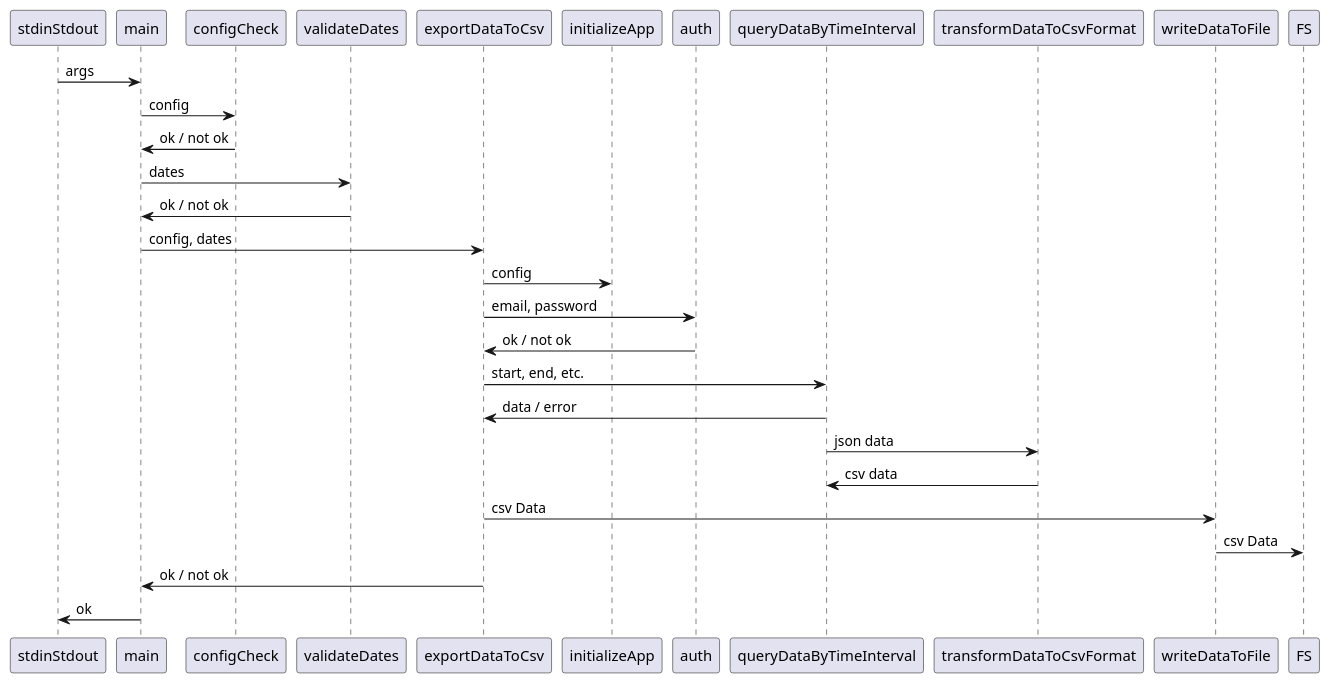
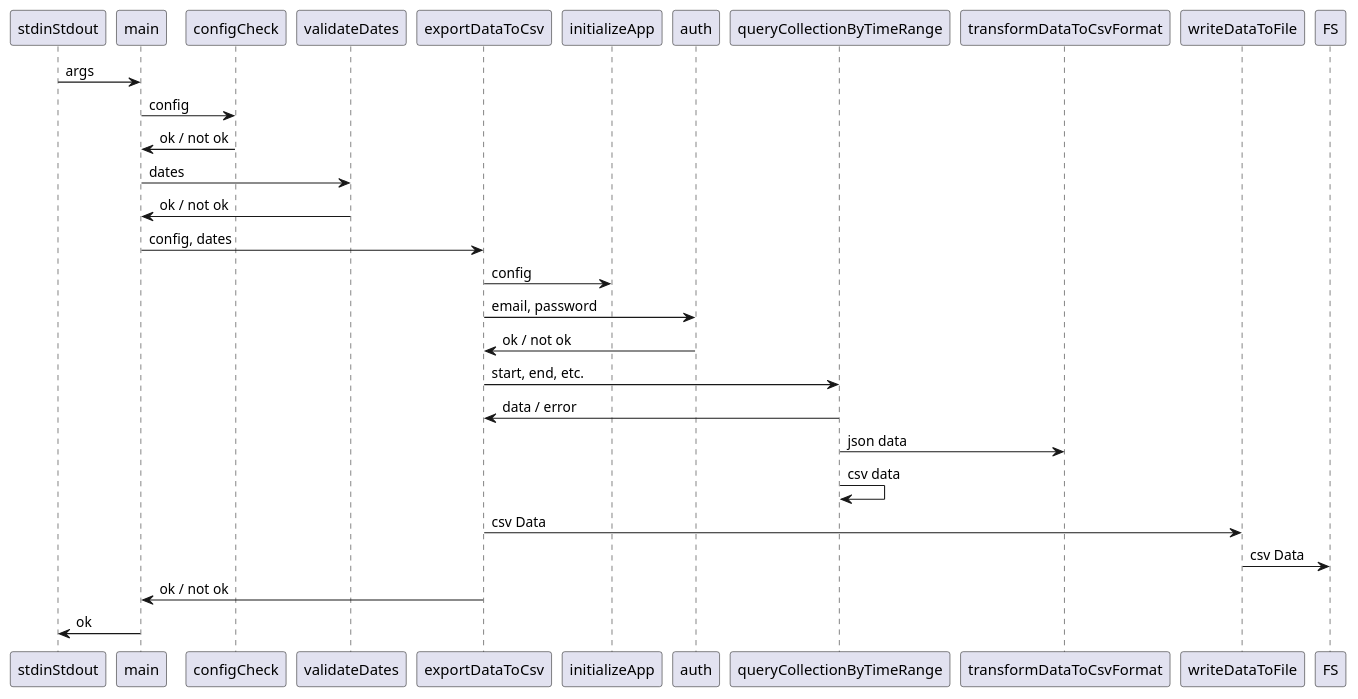
Before and after one commit to BMMRO-tech/BMMRO: the diagram in export-script/seq.md, drawn with PlantUML. The commit also changed 11 other files, not shown here.

First line of the commit message:
[#73] Export encounter data instead of habitatUse.

````diff
--- a/export-script/seq.md
+++ b/export-script/seq.md
@@ -1,20 +1,20 @@
 ```puml
 stdinStdout -> main: args
 main -> configCheck: config
 configCheck -> main: ok / not ok
 main -> validateDates: dates
 validateDates -> main: ok / not ok
 main -> exportDataToCsv: config, dates
 exportDataToCsv -> initializeApp: config
 exportDataToCsv -> auth: email, password
 auth -> exportDataToCsv: ok / not ok
-exportDataToCsv -> queryDataByTimeInterval: start, end, etc.
-queryDataByTimeInterval -> exportDataToCsv: data / error
-queryDataByTimeInterval -> transformDataToCsvFormat: json data
-transformDataToCsvFormat -> queryDataByTimeInterval: csv data
+exportDataToCsv -> queryCollectionByTimeRange: start, end, etc.
+queryCollectionByTimeRange -> exportDataToCsv: data / error
+queryCollectionByTimeRange -> transformDataToCsvFormat: json data
+queryCollectionByTimeRange -> queryCollectionByTimeRange: csv data
 exportDataToCsv -> writeDataToFile: csv Data
 writeDataToFile -> FS: csv Data
 exportDataToCsv -> main: ok / not ok
 main -> stdinStdout: ok
 
 ```
````
